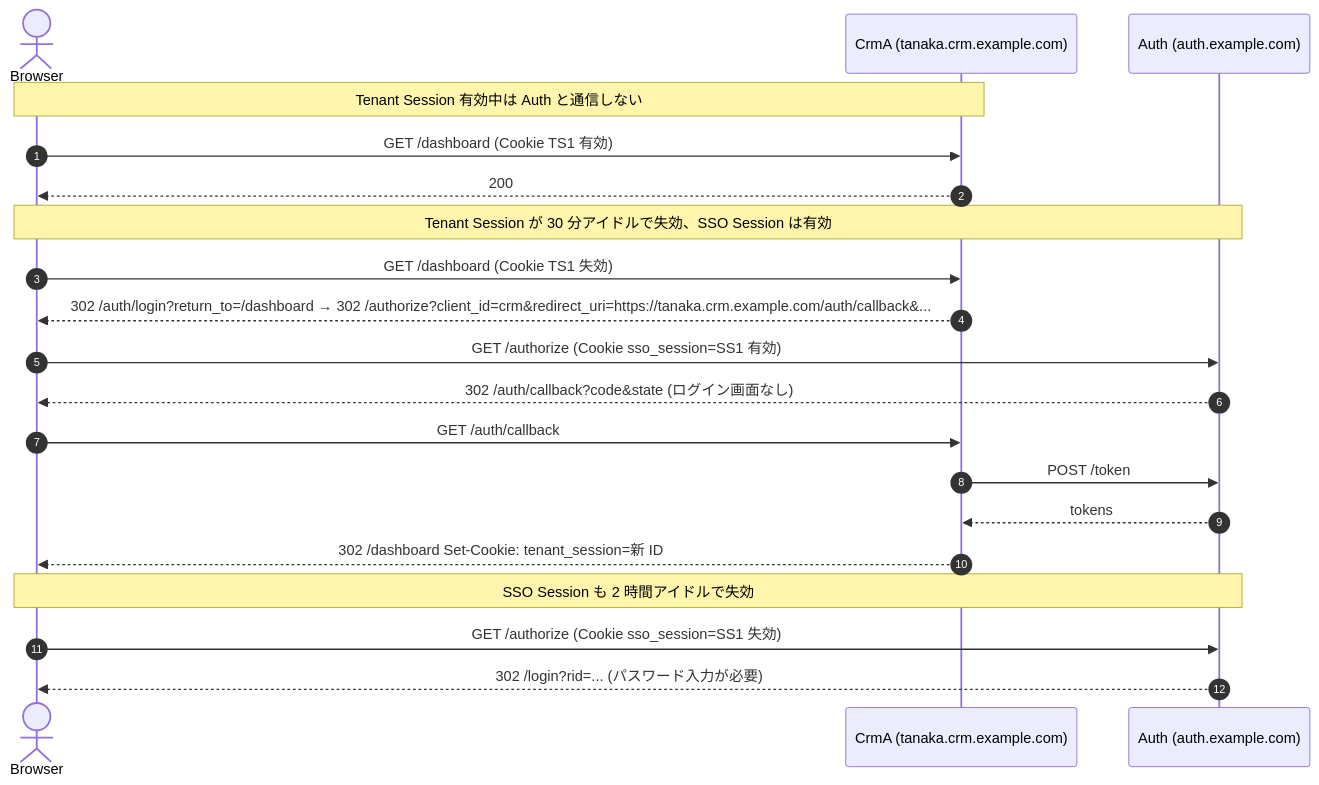
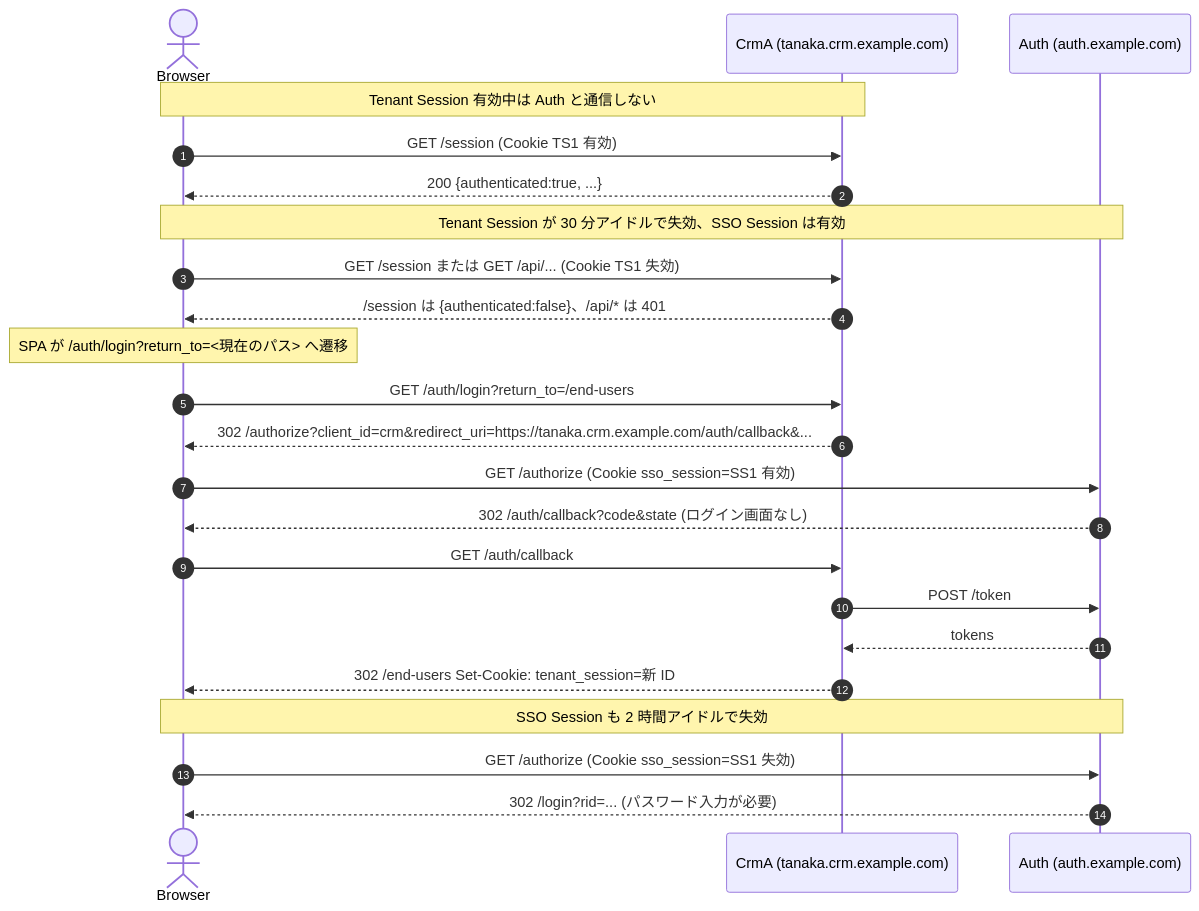
The sixth of 11 diagrams in docs/integration-guide.md (daisuke-tanabe/multi-domain-sandbox), drawn with Mermaid before and after one commit. The commit also changed other lines of this file and 82 other files, not shown here.

First line of the commit message:
feat: crm-web と cms-web を React Router v8 の SPA と薄い BFF にする

````diff
--- a/docs/integration-guide.md
+++ b/docs/integration-guide.md
@@ -769,25 +781,28 @@
 ```mermaid
 sequenceDiagram
     autonumber
     actor Browser
     participant CrmA as CrmA (tanaka.crm.example.com)
     participant Auth as Auth (auth.example.com)
 
     Note over Browser,CrmA: Tenant Session 有効中は Auth と通信しない
-    Browser->>CrmA: GET /dashboard (Cookie TS1 有効)
-    CrmA-->>Browser: 200
+    Browser->>CrmA: GET /session (Cookie TS1 有効)
+    CrmA-->>Browser: 200 {authenticated:true, ...}
 
     Note over Browser,Auth: Tenant Session が 30 分アイドルで失効、SSO Session は有効
-    Browser->>CrmA: GET /dashboard (Cookie TS1 失効)
-    CrmA-->>Browser: 302 /auth/login?return_to=/dashboard → 302 /authorize?client_id=crm&redirect_uri=https://tanaka.crm.example.com/auth/callback&...
+    Browser->>CrmA: GET /session または GET /api/... (Cookie TS1 失効)
+    CrmA-->>Browser: /session は {authenticated:false}、/api/* は 401
+    Note over Browser: SPA が /auth/login?return_to=<現在のパス> へ遷移
+    Browser->>CrmA: GET /auth/login?return_to=/end-users
+    CrmA-->>Browser: 302 /authorize?client_id=crm&redirect_uri=https://tanaka.crm.example.com/auth/callback&...
     Browser->>Auth: GET /authorize (Cookie sso_session=SS1 有効)
     Auth-->>Browser: 302 /auth/callback?code&state (ログイン画面なし)
     Browser->>CrmA: GET /auth/callback
     CrmA->>Auth: POST /token
     Auth-->>CrmA: tokens
-    CrmA-->>Browser: 302 /dashboard  Set-Cookie: tenant_session=新 ID
+    CrmA-->>Browser: 302 /end-users  Set-Cookie: tenant_session=新 ID
 
     Note over Browser,Auth: SSO Session も 2 時間アイドルで失効
     Browser->>Auth: GET /authorize (Cookie sso_session=SS1 失効)
     Auth-->>Browser: 302 /login?rid=... (パスワード入力が必要)
 ```
````
